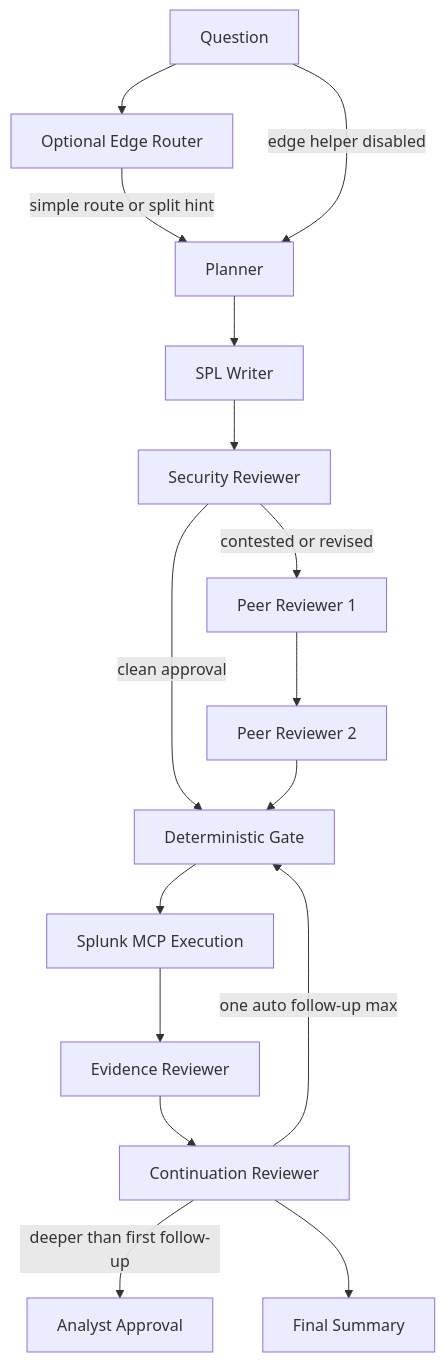
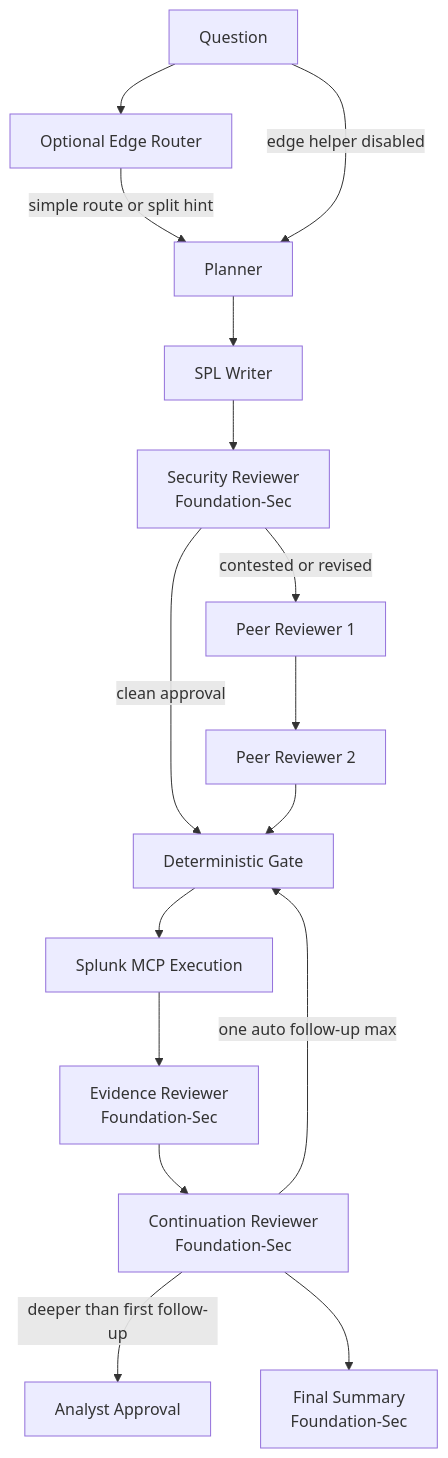
One commit to gosplunk/agtsmith changed the second of 2 diagrams in docs/architecture/system_design.md. Above: the diagram before and after it, drawn with Mermaid. The commit also changed other lines of this file and 14 other files, not shown here.

````diff
--- a/docs/architecture/system_design.md
+++ b/docs/architecture/system_design.md
@@ -78,18 +78,18 @@
 ```mermaid
 flowchart TD
     Q[Question] --> ER[Optional Edge Router]
     ER -->|simple route or split hint| P[Planner]
     Q -->|edge helper disabled| P
     P --> W[SPL Writer]
-    W --> S[Security Reviewer]
+    W --> S[Security Reviewer<br/>Foundation-Sec]
     S -->|clean approval| G[Deterministic Gate]
     S -->|contested or revised| P1[Peer Reviewer 1]
     P1 --> P2[Peer Reviewer 2]
     P2 --> G
     G --> X[Splunk MCP Execution]
-    X --> E[Evidence Reviewer]
-    E --> C[Continuation Reviewer]
+    X --> E[Evidence Reviewer<br/>Foundation-Sec]
+    E --> C[Continuation Reviewer<br/>Foundation-Sec]
     C -->|one auto follow-up max| G
     C -->|deeper than first follow-up| A[Analyst Approval]
-    C --> F[Final Summary]
+    C --> F[Final Summary<br/>Foundation-Sec]
 ```
````
